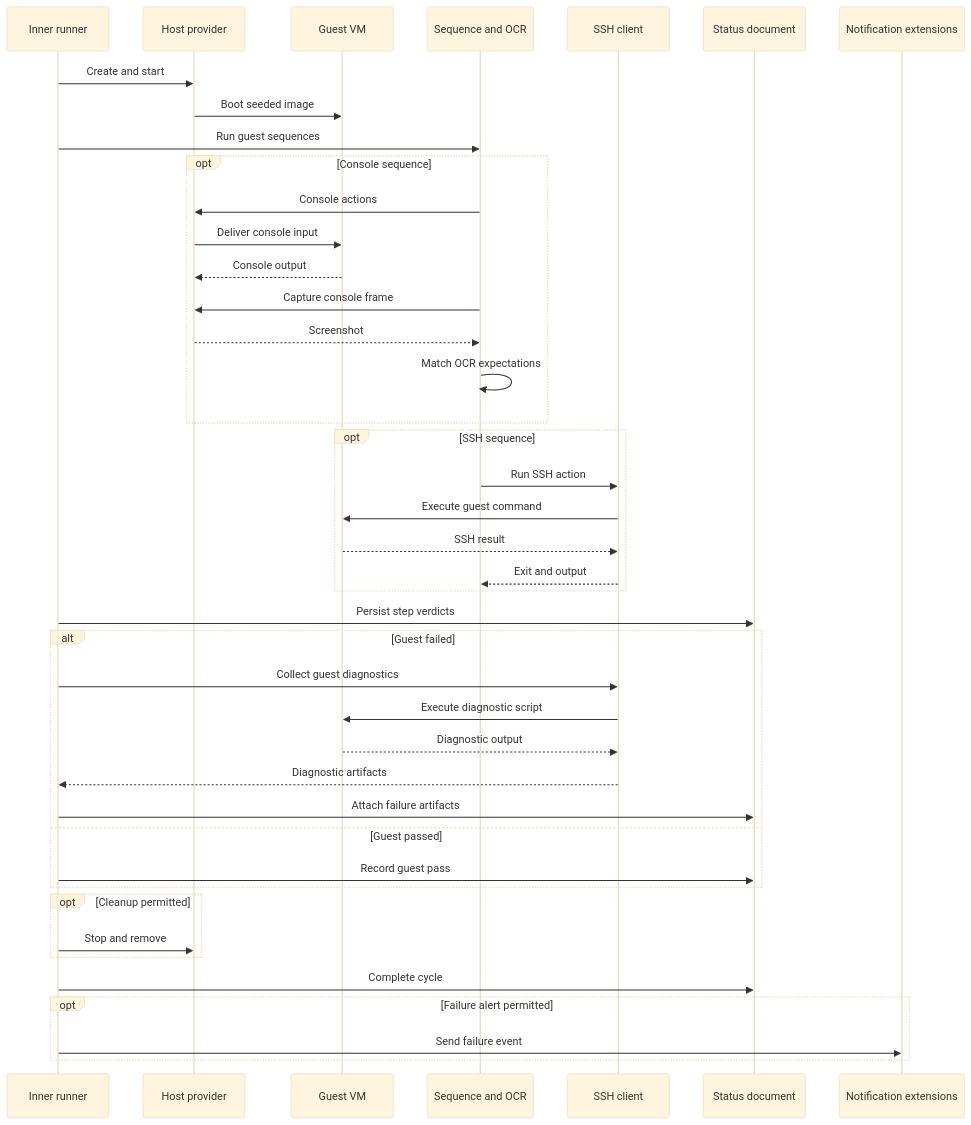
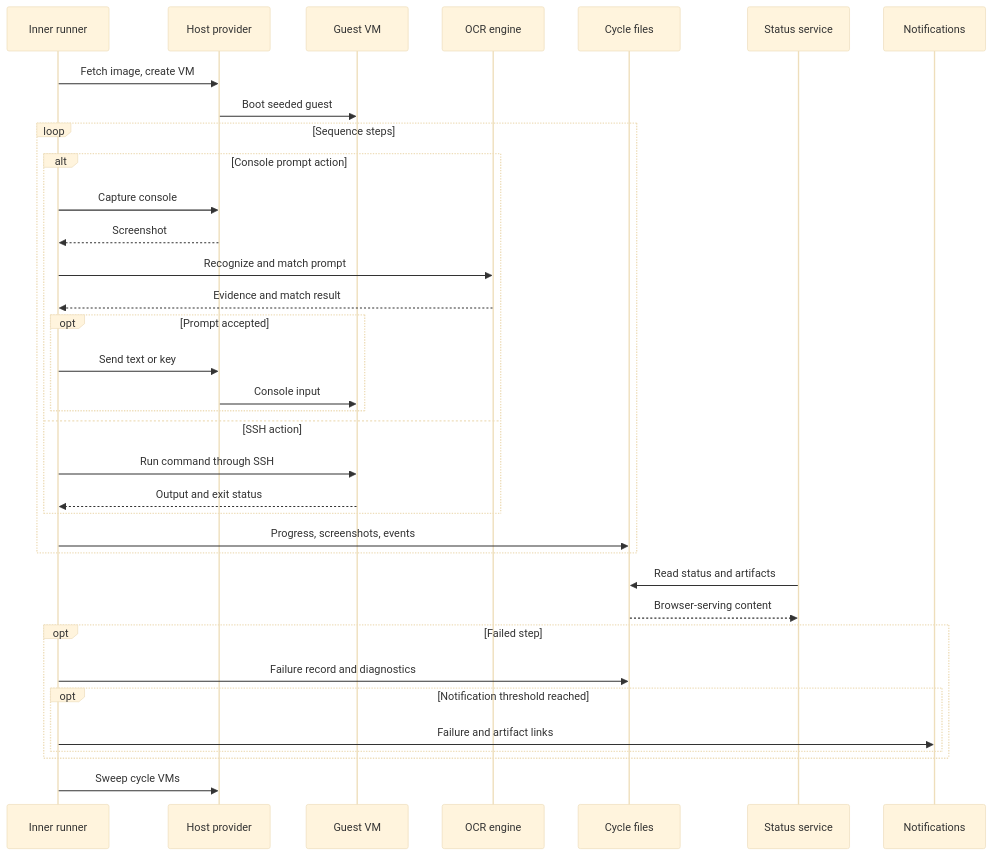
The second of 8 diagrams in docs/design/03-data-flows.md (alissonsol/yuruna), drawn with Mermaid (base theme) before and after one commit. The commit also changed other lines of this file and 1383 other files, not shown here.

````diff
--- a/docs/design/03-data-flows.md
+++ b/docs/design/03-data-flows.md
@@ -61,44 +93,37 @@
 ```mermaid
 sequenceDiagram
-    participant runner-inner-loop as Inner runner
-    participant yuruna-host as Host provider
+    participant test-runnerinnerloop-psm1 as Inner runner
+    participant yuruna-host-psm1 as Host provider
     participant guest as Guest VM
-    participant sequence-engine as Sequence and OCR
-    participant test-ssh as SSH client
-    participant test-status as Status document
-    participant test-notify as Notification extensions
-    runner-inner-loop->>yuruna-host: Create and start
-    yuruna-host->>guest: Boot seeded image
-    runner-inner-loop->>sequence-engine: Run guest sequences
-    opt Console sequence
-        sequence-engine->>yuruna-host: Console actions
-        yuruna-host->>guest: Deliver console input
-        guest-->>yuruna-host: Console output
-        sequence-engine->>yuruna-host: Capture console frame
-        yuruna-host-->>sequence-engine: Screenshot
-        sequence-engine->>sequence-engine: Match OCR expectations
+    participant test-ocrengine-psm1 as OCR engine
+    participant status as Cycle files
+    participant start-statusservice-ps1 as Status service
+    participant test-notify-psm1 as Notifications
+    test-runnerinnerloop-psm1->>yuruna-host-psm1: Fetch image, create VM
+    yuruna-host-psm1->>guest: Boot seeded guest
+    loop Sequence steps
+        alt Console prompt action
+            test-runnerinnerloop-psm1->>yuruna-host-psm1: Capture console
+            yuruna-host-psm1-->>test-runnerinnerloop-psm1: Screenshot
+            test-runnerinnerloop-psm1->>test-ocrengine-psm1: Recognize and match prompt
+            test-ocrengine-psm1-->>test-runnerinnerloop-psm1: Evidence and match result
+            opt Prompt accepted
+                test-runnerinnerloop-psm1->>yuruna-host-psm1: Send text or key
+                yuruna-host-psm1->>guest: Console input
+            end
+        else SSH action
+            test-runnerinnerloop-psm1->>guest: Run command through SSH
+            guest-->>test-runnerinnerloop-psm1: Output and exit status
+        end
+        test-runnerinnerloop-psm1->>status: Progress, screenshots, events
     end
-    opt SSH sequence
-        sequence-engine->>test-ssh: Run SSH action
-        test-ssh->>guest: Execute guest command
-        guest-->>test-ssh: SSH result
-        test-ssh-->>sequence-engine: Exit and output
+    start-statusservice-ps1->>status: Read status and artifacts
+    status-->>start-statusservice-ps1: Browser-serving content
+    opt Failed step
+        test-runnerinnerloop-psm1->>status: Failure record and diagnostics
+        opt Notification threshold reached
+            test-runnerinnerloop-psm1->>test-notify-psm1: Failure and artifact links
+        end
     end
-    runner-inner-loop->>test-status: Persist step verdicts
-    alt Guest failed
-        runner-inner-loop->>test-ssh: Collect guest diagnostics
-        test-ssh->>guest: Execute diagnostic script
-        guest-->>test-ssh: Diagnostic output
-        test-ssh-->>runner-inner-loop: Diagnostic artifacts
-        runner-inner-loop->>test-status: Attach failure artifacts
-    else Guest passed
-        runner-inner-loop->>test-status: Record guest pass
-    end
-    opt Cleanup permitted
-        runner-inner-loop->>yuruna-host: Stop and remove
-    end
-    runner-inner-loop->>test-status: Complete cycle
-    opt Failure alert permitted
-        runner-inner-loop->>test-notify: Send failure event
-    end
+    test-runnerinnerloop-psm1->>yuruna-host-psm1: Sweep cycle VMs
 ```
````
